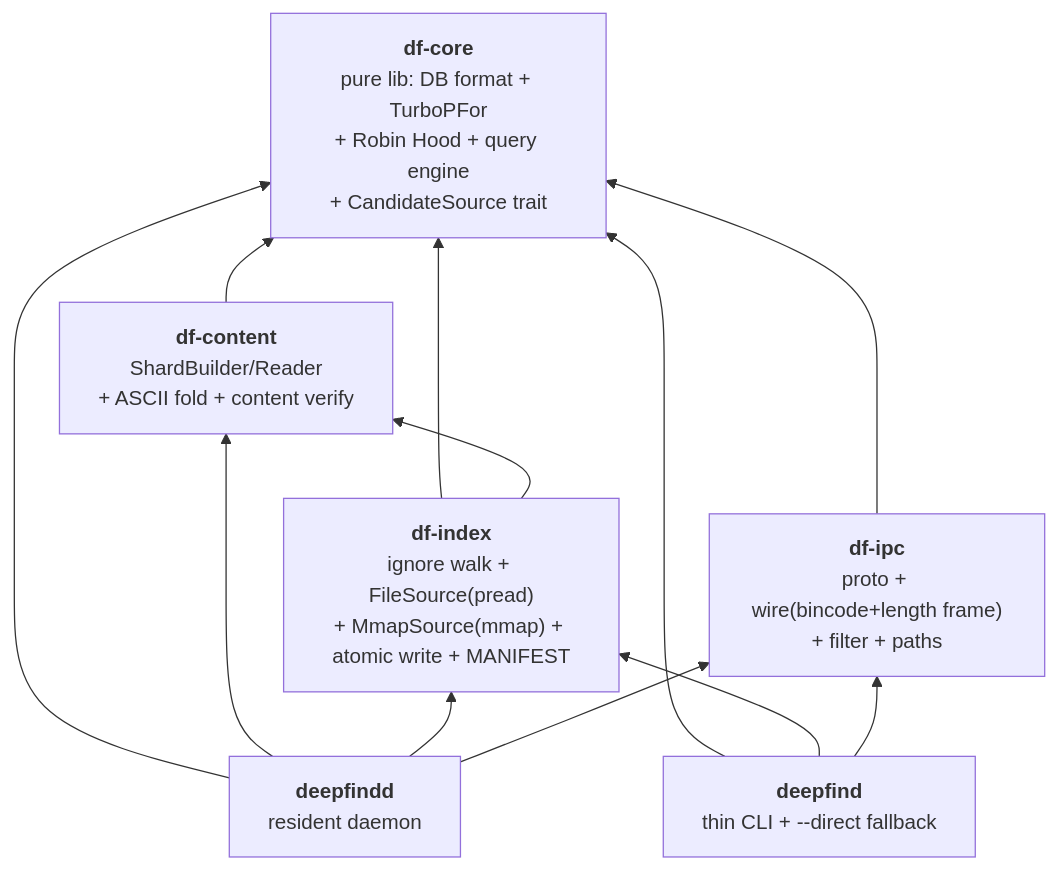
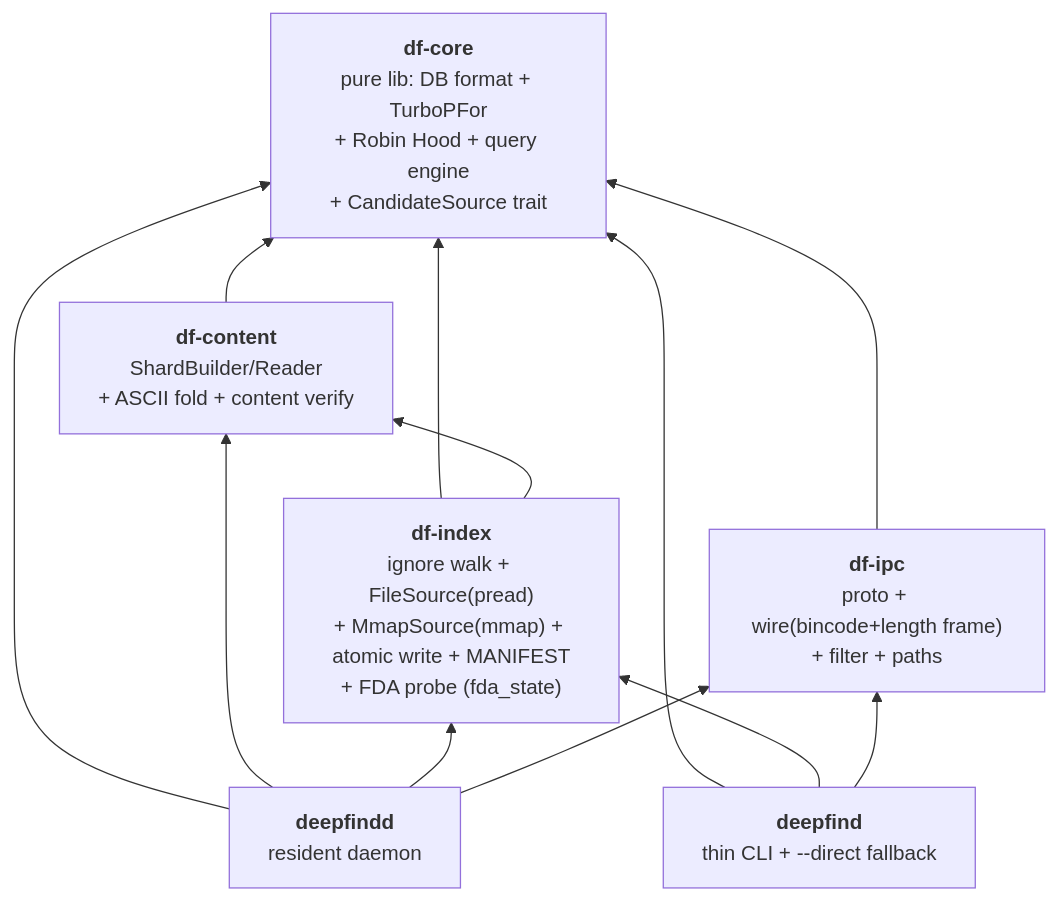
Before and after one commit to nadav-cheung/DeepFinder: the second of 6 diagrams in docs/architecture.md, drawn with Mermaid. The commit also changed other lines of this file and 2 other files, not shown here.

First line of the commit message:
docs(permissions): document FDA detection across architecture/decisions/tech-selection

````diff
--- a/docs/architecture.md
+++ b/docs/architecture.md
@@ -57,21 +57,21 @@
 ```mermaid
 flowchart BT
     core["<b>df-core</b><br/>pure lib: DB format + TurboPFor<br/>+ Robin Hood + query engine<br/>+ CandidateSource trait"]
     content["<b>df-content</b><br/>ShardBuilder/Reader<br/>+ ASCII fold + content verify"]
-    index["<b>df-index</b><br/>ignore walk + FileSource(pread)<br/>+ MmapSource(mmap) + atomic write + MANIFEST"]
+    index["<b>df-index</b><br/>ignore walk + FileSource(pread)<br/>+ MmapSource(mmap) + atomic write + MANIFEST<br/>+ FDA probe (fda_state)"]
     ipc["<b>df-ipc</b><br/>proto + wire(bincode+length frame)<br/>+ filter + paths"]
     daemon["<b>deepfindd</b><br/>resident daemon"]
     cli["<b>deepfind</b><br/>thin CLI + --direct fallback"]
 
     content --> core
     index --> core
     index --> content
     ipc --> core
     daemon --> core
     daemon --> content
     daemon --> index
     daemon --> ipc
     cli --> core
     cli --> index
     cli --> ipc
 ```
````
